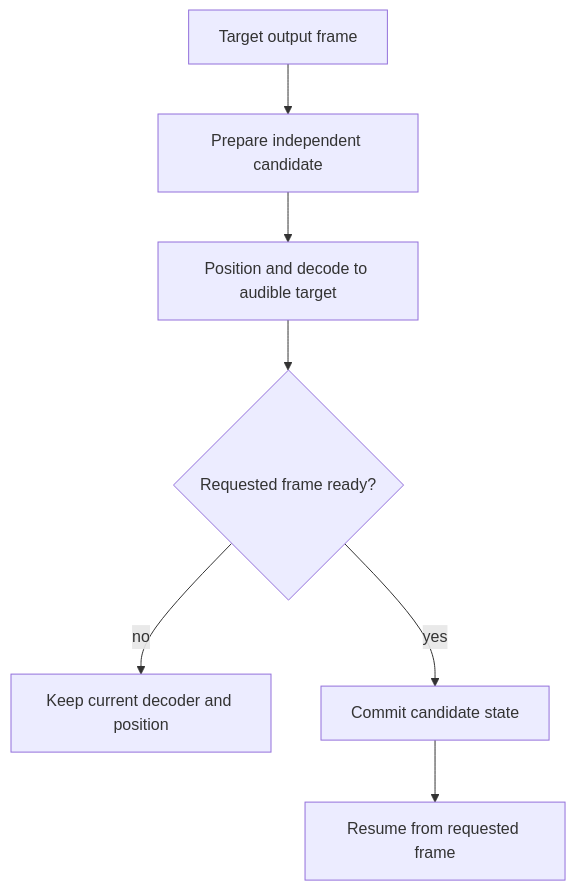
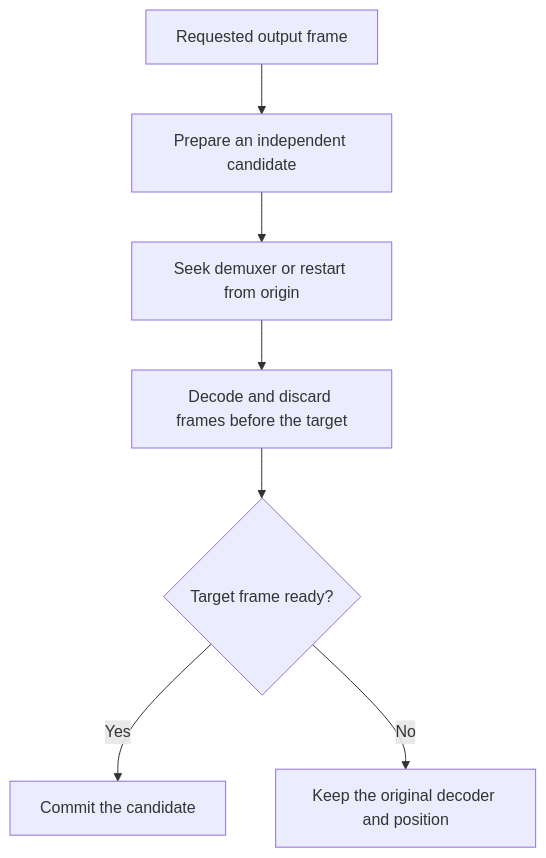
The seventh of 8 diagrams in src/codec/README.md (Vokerlee/wiola-player), drawn with Mermaid before and after one commit. The commit also changed other lines of this file, not shown here.

````diff
--- a/src/codec/README.md
+++ b/src/codec/README.md
@@ -231,9 +247,9 @@
 ```mermaid
 flowchart TD
-    Target[Target output frame] --> Candidate[Prepare independent candidate]
-    Candidate --> Position[Position and decode to audible target]
-    Position --> Ready{Requested frame ready?}
-    Ready -->|no| Keep[Keep current decoder and position]
-    Ready -->|yes| Commit[Commit candidate state]
-    Commit --> Play[Resume from requested frame]
+    Target[Requested output frame] --> Candidate[Prepare an independent candidate]
+    Candidate --> Position[Seek demuxer or restart from origin]
+    Position --> Preroll[Decode and discard frames before the target]
+    Preroll --> Ready{Target frame ready?}
+    Ready -->|Yes| Commit[Commit the candidate]
+    Ready -->|No| Keep[Keep the original decoder and position]
 ```
````
